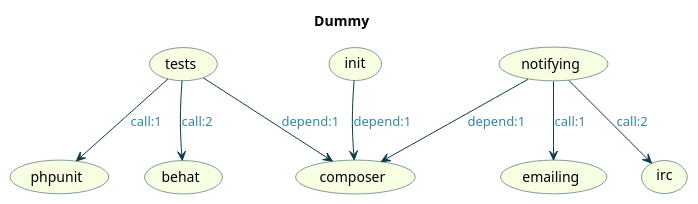
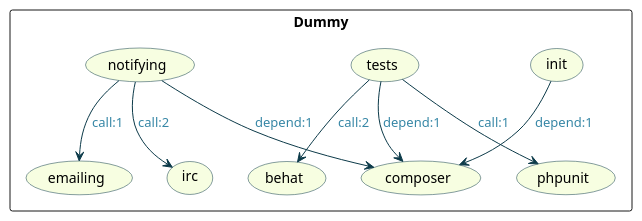
Before and after one commit to jawira/phing-visualizer: the diagram in resources/puml/dummy.puml, drawn with PlantUML. The commit also changed 6 other files, not shown here.

```diff
--- a/resources/puml/dummy.puml
+++ b/resources/puml/dummy.puml
@@ -1,29 +1,30 @@
 @startuml
 
-title Dummy
 skinparam Arrow {
-    Color #0C3A49
-    FontColor #3787A6
+Color #0C3A49
+FontColor #3787A6
 }
 skinparam Usecase {
-    BackgroundColor #F7FEE1
-    BorderColor #0C3A49
+BackgroundColor #F7FEE1
+BorderColor #0C3A49
 }
 
+rectangle "Dummy" {
 (init)
 (composer)
 (tests)
 (notifying)
 (emailing)
 (irc)
 (phpunit)
 (behat)
+}
 
 (init) --> (composer) : depend:1
 (tests) --> (phpunit) : call:1
 (tests) --> (behat) : call:2
 (tests) --> (composer) : depend:1
 (notifying) --> (emailing) : call:1
 (notifying) --> (irc) : call:2
 (notifying) --> (composer) : depend:1
 @enduml
```
